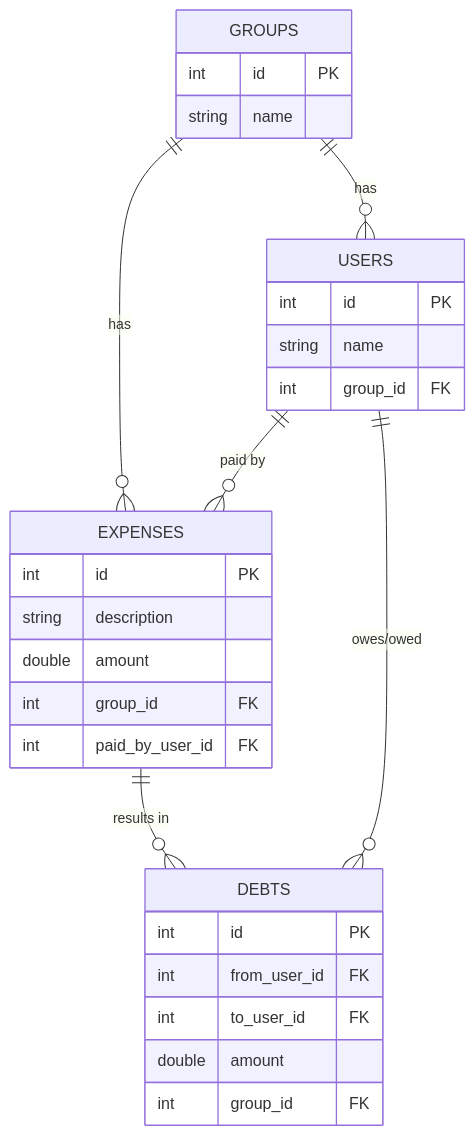
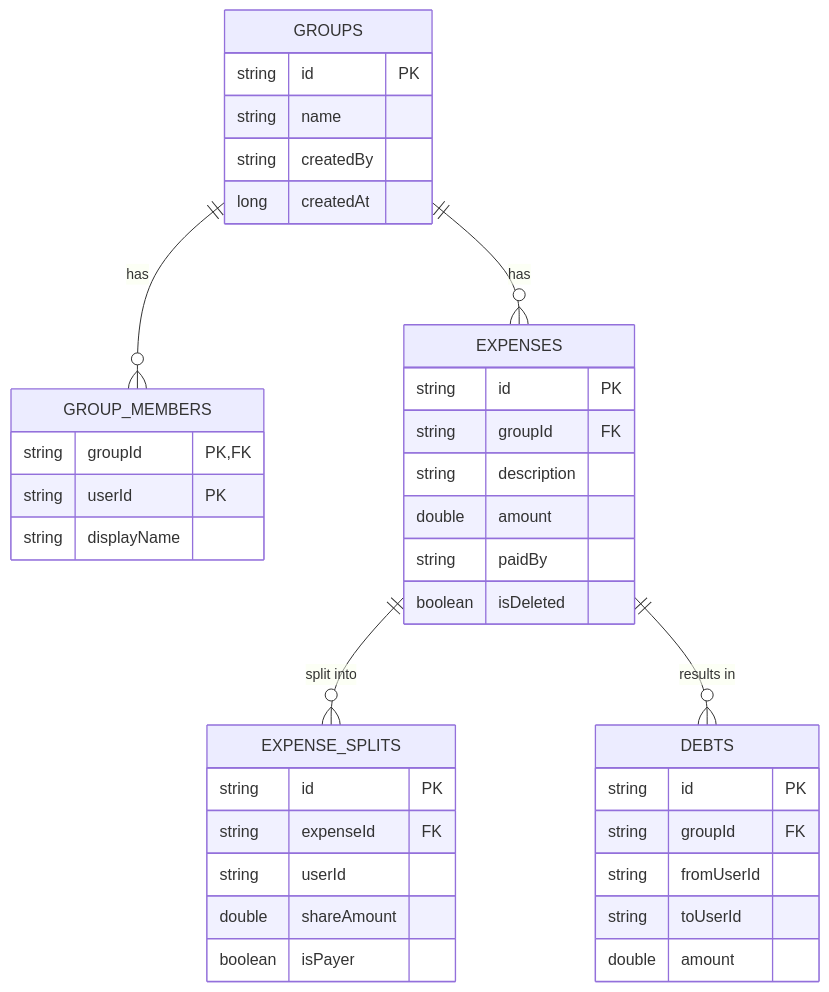
The diagram in splitwise_poc_plan.md (justintanyf/SplitOpen), drawn with Mermaid before and after one commit. The commit also changed other lines of this file and 52 other files, not shown here.

First line of the commit message:
feat: Implement core Splitwise POC features and architecture

````diff
--- a/splitwise_poc_plan.md
+++ b/splitwise_poc_plan.md
@@ -29,32 +262,41 @@
 ```mermaid
 erDiagram
-    GROUPS ||--o{ USERS : "has"
-    GROUPS ||--o{ EXPENSES : "has"
-    USERS ||--o{ EXPENSES : "paid by"
+    GROUPS ||--o{ GROUP_MEMBERS : has
+    GROUPS ||--o{ EXPENSES : has
+    EXPENSES ||--o{ EXPENSE_SPLITS : "split into"
     EXPENSES ||--o{ DEBTS : "results in"
-    USERS ||--o{ DEBTS : "owes/owed"
 
     GROUPS {
-        int id PK
+        string id PK
         string name
+        string createdBy
+        long createdAt
     }
-    USERS {
-        int id PK
-        string name
-        int group_id FK
+    GROUP_MEMBERS {
+        string groupId PK,FK
+        string userId PK
+        string displayName
     }
     EXPENSES {
-        int id PK
+        string id PK
+        string groupId FK
         string description
         double amount
-        int group_id FK
-        int paid_by_user_id FK
+        string paidBy
+        boolean isDeleted
+    }
+    EXPENSE_SPLITS {
+        string id PK
+        string expenseId FK
+        string userId
+        double shareAmount
+        boolean isPayer
     }
     DEBTS {
-        int id PK
-        int from_user_id FK
-        int to_user_id FK
+        string id PK
+        string groupId FK
+        string fromUserId
+        string toUserId
         double amount
-        int group_id FK
     }
 ```
````
